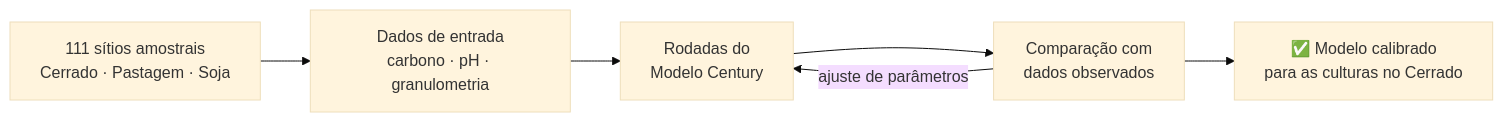
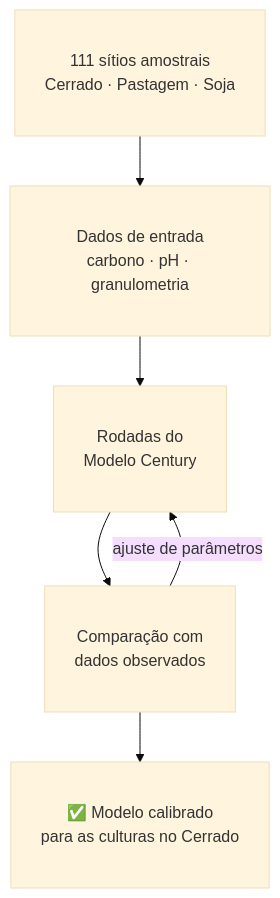
The diagram in docs/mds/referencias_conceituais.md (FelipeJesusRemoteSensing/CarbonProgram), drawn with Mermaid (base theme) before and after one commit.

````diff
--- a/docs/mds/referencias_conceituais.md
+++ b/docs/mds/referencias_conceituais.md
@@ -25,8 +25,9 @@
 ```mermaid
-flowchart LR
+flowchart TD
+    classDef default fontSize:16px,padding:15px;
     A[111 sítios amostrais<br>Cerrado · Pastagem · Soja] --> B[Dados de entrada<br>carbono · pH · granulometria]
     B --> C[Rodadas do<br>Modelo Century]
     C --> D[Comparação com<br>dados observados]
     D -->|ajuste de parâmetros| C
     D --> E[✅ Modelo calibrado<br>para as culturas no Cerrado]
 ```
````
